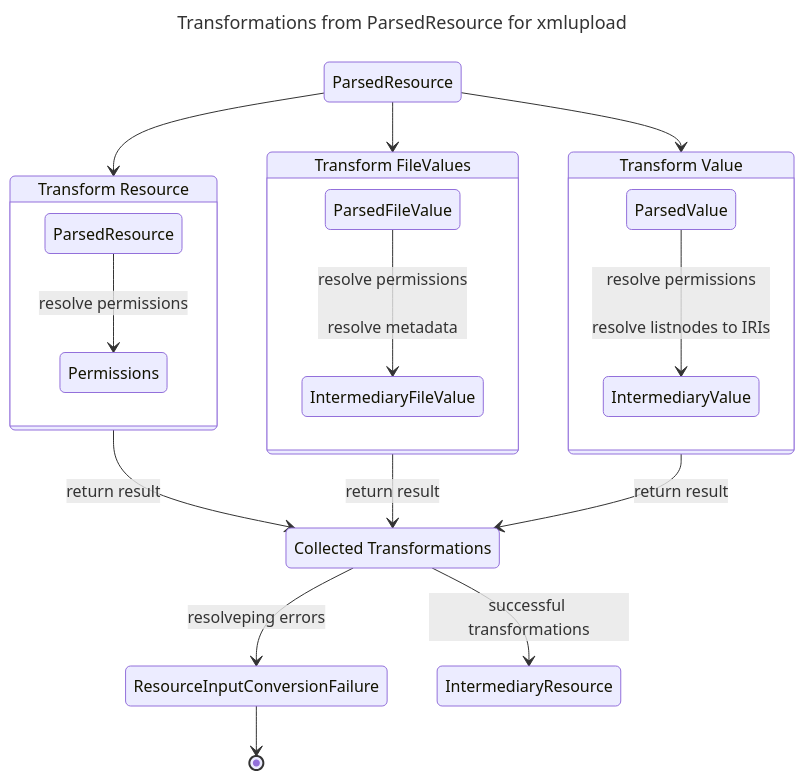
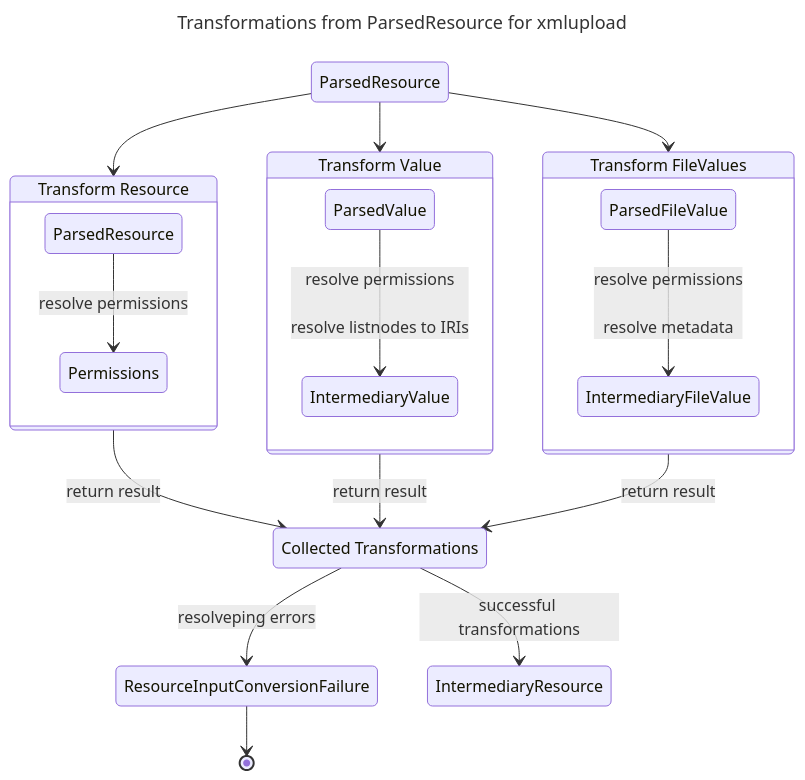
The third of 3 diagrams in docs/developers/architecture.md (dasch-swiss/dsp-tools), drawn with Mermaid before and after one commit. The commit also changed other lines of this file, not shown here.

````diff
--- a/docs/developers/architecture.md
+++ b/docs/developers/architecture.md
@@ -101,33 +101,33 @@
 ```mermaid
 ---
 title: Transformations from ParsedResource for xmlupload
 ---
 stateDiagram-v2
 
 state "Transform Resource" as transformres
 state "Transform Value" as transfomrationval
 state "Transform FileValues" as transformfile
 state "ParsedValue" as parsedval
 state "ParsedResource" as parsedres
 state "IntermediaryValue" as valdes
 state "Collected Transformations" as coll
 
 parsedres-->transformfile
 parsedres-->transfomrationval
 parsedres-->transformres
 state transformres {
     ParsedResource-->Permissions: resolve permissions
 }
 state transfomrationval {
     parsedval-->valdes: resolve permissions<br/><br/>resolve listnodes to IRIs
 }
 state transformfile {
     ParsedFileValue-->IntermediaryFileValue: resolve permissions<br/><br/>resolve metadata
 }
 transformres-->coll: return result
+transfomrationval-->coll: return result
 transformfile-->coll: return result
-transfomrationval-->coll: return result
 coll-->ResourceInputConversionFailure: resolveping errors
 ResourceInputConversionFailure-->[*]
 coll-->IntermediaryResource: successful transformations
 ```
````
